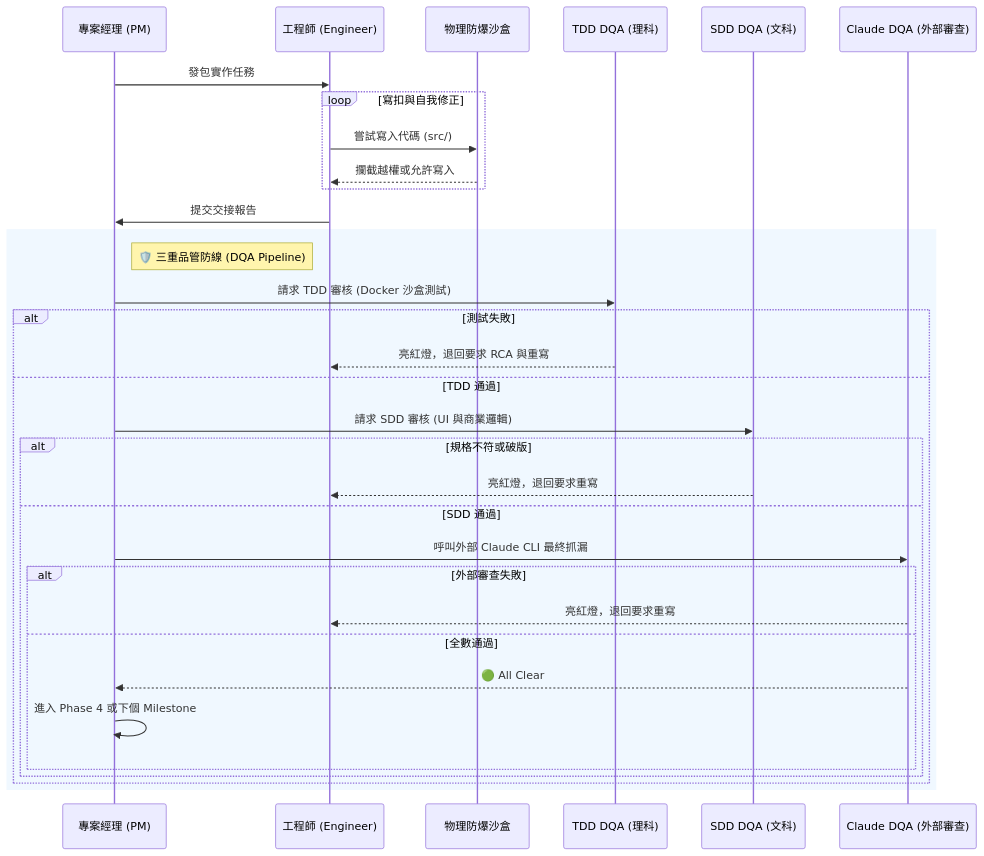
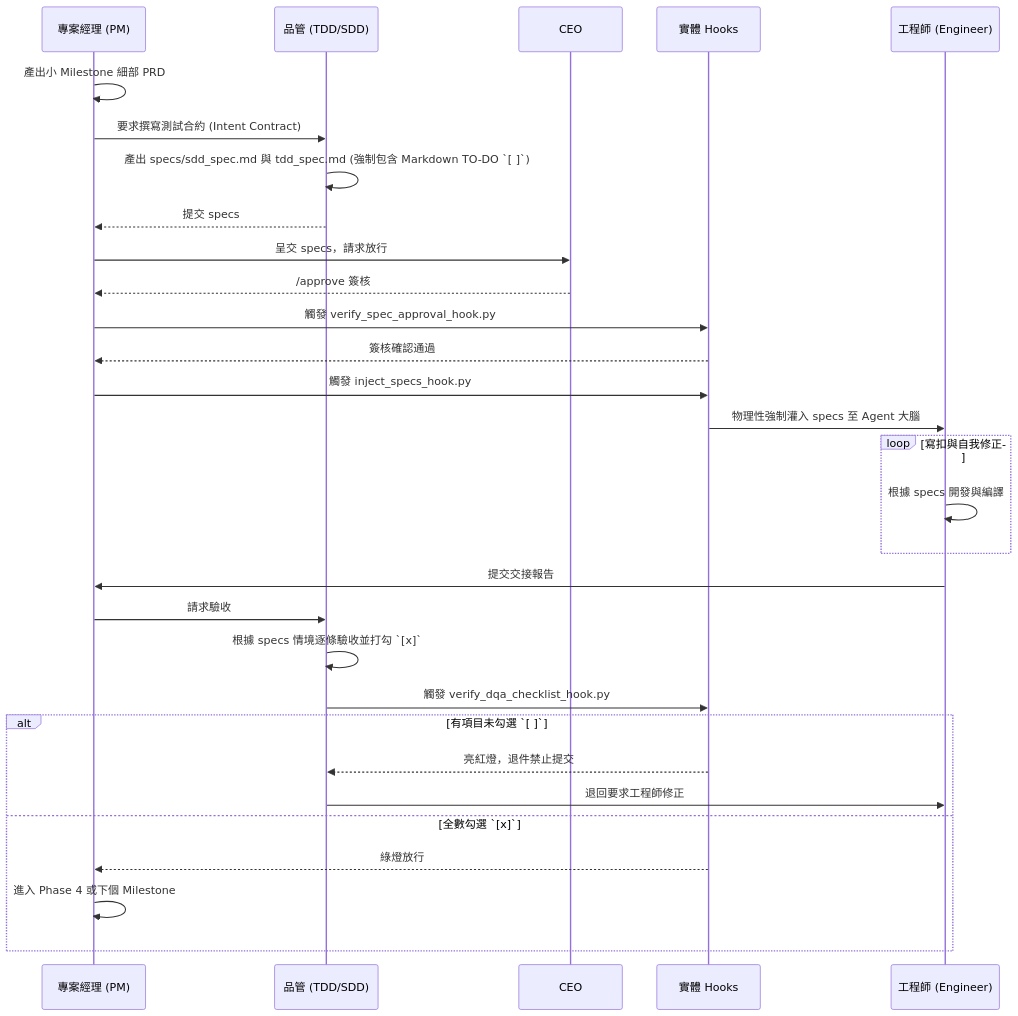
One commit to vip3310495-Johnny/Johnny-project-team-plugin changed the fifth of 8 diagrams in README.md. Above: the diagram before and after it, drawn with Mermaid. The commit also changed other lines of this file and 80 other files, not shown here.

Commit message:
release: v2.0.0 architecture upgrade with native hooks, vertical slicing & 3-way spec injection

````diff
--- a/README.md
+++ b/README.md
@@ -179,37 +181,38 @@
 ```mermaid
 sequenceDiagram
     participant PM as 專案經理 (PM)
+    participant DQA as 品管 (TDD/SDD)
+    participant CEO
+    participant Hook as 實體 Hooks
     participant ENG as 工程師 (Engineer)
-    participant Guard as 物理防爆沙盒
-    participant TDD as TDD DQA (理科)
-    participant SDD as SDD DQA (文科)
-    participant CDQA as Claude DQA (外部審查)
     
-    PM->>ENG: 發包實作任務
+    PM->>PM: 產出小 Milestone 細部 PRD
+    PM->>DQA: 要求撰寫測試合約 (Intent Contract)
+    DQA->>DQA: 產出 specs/sdd_spec.md 與 tdd_spec.md (強制包含 Markdown TO-DO `[ ]`)
+    DQA-->>PM: 提交 specs
+    
+    PM->>CEO: 呈交 specs，請求放行
+    CEO-->>PM: /approve 簽核
+    
+    PM->>Hook: 觸發 verify_spec_approval_hook.py
+    Hook-->>PM: 簽核確認通過
+    
+    PM->>Hook: 觸發 inject_specs_hook.py
+    Hook->>ENG: 物理性強制灌入 specs 至 Agent 大腦
+    
     loop 寫扣與自我修正
-        ENG->>Guard: 嘗試寫入代碼 (src/)
-        Guard-->>ENG: 攔截越權或允許寫入
+        ENG->>ENG: 根據 specs 開發與編譯
     end
     ENG->>PM: 提交交接報告
     
-    rect rgb(240, 248, 255)
-        note right of PM: 🛡️ 三重品管防線 (DQA Pipeline)
-        PM->>TDD: 請求 TDD 審核 (Docker 沙盒測試)
-        alt 測試失敗
-            TDD-->>ENG: 亮紅燈，退回要求 RCA 與重寫
-        else TDD 通過
-            PM->>SDD: 請求 SDD 審核 (UI 與商業邏輯)
-            alt 規格不符或破版
-                SDD-->>ENG: 亮紅燈，退回要求重寫
-            else SDD 通過
-                PM->>CDQA: 呼叫外部 Claude CLI 最終抓漏
-                alt 外部審查失敗
-                    CDQA-->>ENG: 亮紅燈，退回要求重寫
-                else 全數通過
-                    CDQA-->>PM: 🟢 All Clear
-                    PM->>PM: 進入 Phase 4 或下個 Milestone
-                end
-            end
-        end
+    PM->>DQA: 請求驗收
+    DQA->>DQA: 根據 specs 情境逐條驗收並打勾 `[x]`
+    DQA->>Hook: 觸發 verify_dqa_checklist_hook.py
+    alt 有項目未勾選 `[ ]`
+        Hook-->>DQA: 亮紅燈，退件禁止提交
+        DQA->>ENG: 退回要求工程師修正
+    else 全數勾選 `[x]`
+        Hook-->>PM: 綠燈放行
+        PM->>PM: 進入 Phase 4 或下個 Milestone
     end
 ```
````
